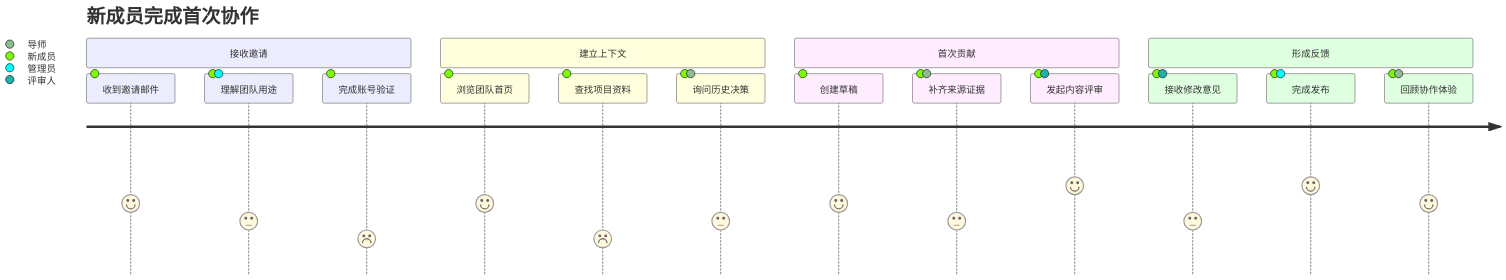
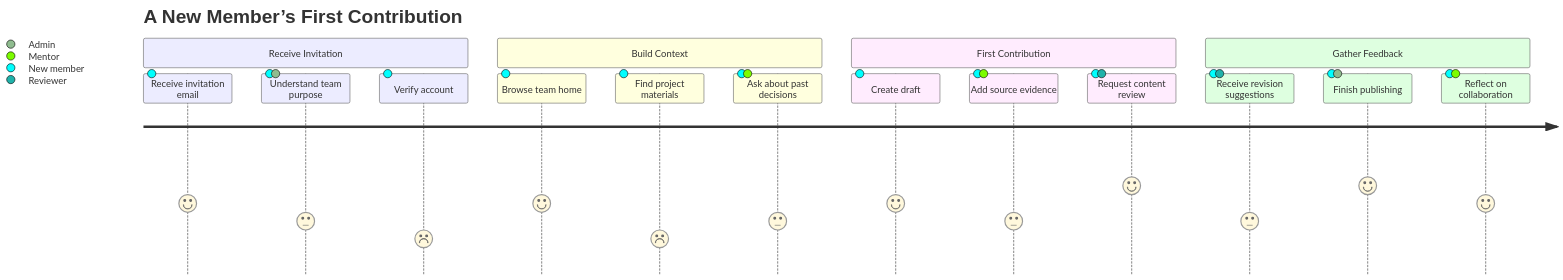
One commit to wizlijun/note.md changed diagram 17 of 50 in docs/examples/mermaid-pele-theme-gallery.md. Above: the diagram before and after it, drawn with Mermaid. The commit also changed other lines of this file, not shown here.

Commit message:
docs: make diagram gallery English and image focused

````diff
--- a/docs/examples/mermaid-pele-theme-gallery.md
+++ b/docs/examples/mermaid-pele-theme-gallery.md
@@ -982,20 +681,20 @@
 ```mermaid
 journey
-  title 新成员完成首次协作
-  section 接收邀请
-    收到邀请邮件: 4: 新成员
-    理解团队用途: 3: 新成员, 管理员
-    完成账号验证: 2: 新成员
-  section 建立上下文
-    浏览团队首页: 4: 新成员
-    查找项目资料: 2: 新成员
-    询问历史决策: 3: 新成员, 导师
-  section 首次贡献
-    创建草稿: 4: 新成员
-    补齐来源证据: 3: 新成员, 导师
-    发起内容评审: 5: 新成员, 评审人
-  section 形成反馈
-    接收修改意见: 3: 新成员, 评审人
-    完成发布: 5: 新成员, 管理员
-    回顾协作体验: 4: 新成员, 导师
+  title A New Member’s First Contribution
+  section Receive Invitation
+    Receive invitation email: 4: New member
+    Understand team purpose: 3: New member, Admin
+    Verify account: 2: New member
+  section Build Context
+    Browse team home: 4: New member
+    Find project materials: 2: New member
+    Ask about past decisions: 3: New member, Mentor
+  section First Contribution
+    Create draft: 4: New member
+    Add source evidence: 3: New member, Mentor
+    Request content review: 5: New member, Reviewer
+  section Gather Feedback
+    Receive revision suggestions: 3: New member, Reviewer
+    Finish publishing: 5: New member, Admin
+    Reflect on collaboration: 4: New member, Mentor
 ```
````
